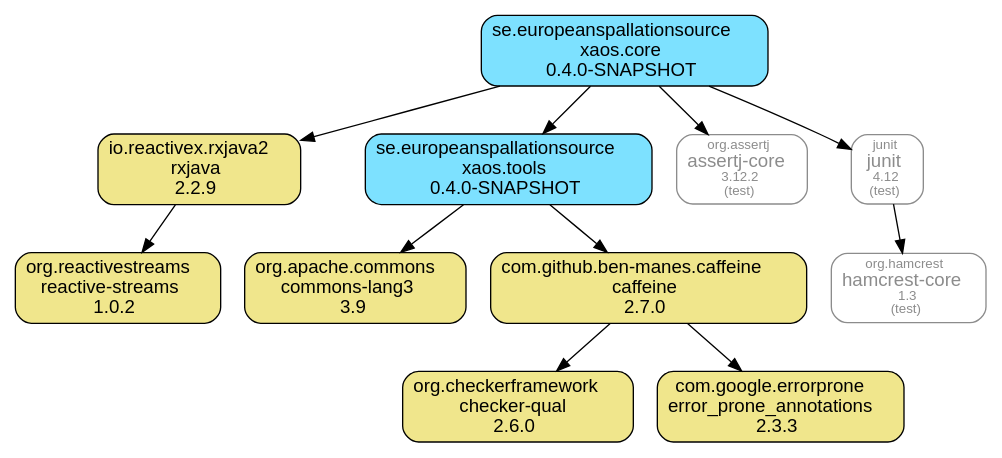
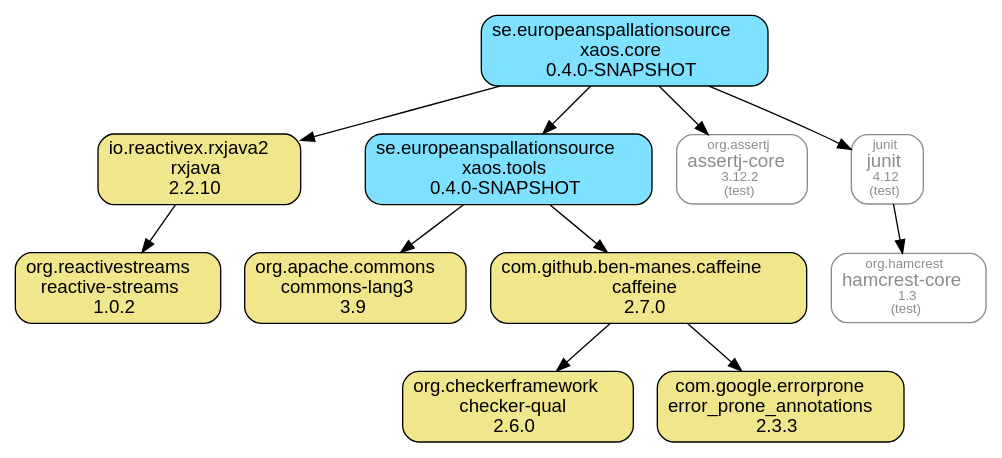
The diagram in xaos.core.module/doc/maven-dependencies.dot (ESSICS/XAOS), drawn with Graphviz before and after one commit. The commit also changed 10 other files, not shown here.

```diff
--- a/xaos.core.module/doc/maven-dependencies.dot
+++ b/xaos.core.module/doc/maven-dependencies.dot
@@ -1,29 +1,29 @@
 digraph "xaos.core" {
   node [shape="box",style="rounded",fontname="Helvetica",fontsize="14"]
   edge [fontsize="10",fontname="Helvetica"]
 
   // Node Definitions:
-  "io.reactivex.rxjava2:rxjava:jar"[shape="box",style="rounded, filled",fillcolor="khaki",label=<io.reactivex.rxjava2<br/>rxjava<br/>2.2.9>]
+  "io.reactivex.rxjava2:rxjava:jar"[shape="box",style="rounded, filled",fillcolor="khaki",label=<io.reactivex.rxjava2<br/>rxjava<br/>2.2.10>]
   "org.reactivestreams:reactive-streams:jar"[shape="box",style="rounded, filled",fillcolor="khaki",label=<org.reactivestreams<br/>reactive-streams<br/>1.0.2>]
   "se.europeanspallationsource:xaos.core:jar"[shape="box",style="rounded, filled",fillcolor="#7DE1FF",label=<se.europeanspallationsource<br/>xaos.core<br/>0.4.0-SNAPSHOT>]
   "se.europeanspallationsource:xaos.tools:jar"[shape="box",style="rounded, filled",fillcolor="#7DE1FF",label=<se.europeanspallationsource<br/>xaos.tools<br/>0.4.0-SNAPSHOT>]
   "org.apache.commons:commons-lang3:jar"[shape="box",style="rounded, filled",fillcolor="khaki",label=<org.apache.commons<br/>commons-lang3<br/>3.9>]
   "com.github.ben-manes.caffeine:caffeine:jar"[shape="box",style="rounded, filled",fillcolor="khaki",label=<com.github.ben-manes.caffeine<br/>caffeine<br/>2.7.0>]
   "org.checkerframework:checker-qual:jar"[shape="box",style="rounded, filled",fillcolor="khaki",label=<org.checkerframework<br/>checker-qual<br/>2.6.0>]
   "com.google.errorprone:error_prone_annotations:jar"[shape="box",style="rounded, filled",fillcolor="khaki",label=<com.google.errorprone<br/>error_prone_annotations<br/>2.3.3>]
   "org.assertj:assertj-core:jar"[shape="box",style="rounded",color="grey55",fontname="Helvetica",fontsize="14",fontcolor="grey55",label=<<font color="grey55" point-size="10">org.assertj</font><br/>assertj-core<font color="grey55" point-size="10"><br/>3.12.2</font><font color="grey55" point-size="10"><br/>(test)</font>>]
   "junit:junit:jar"[shape="box",style="rounded",color="grey55",fontname="Helvetica",fontsize="14",fontcolor="grey55",label=<<font color="grey55" point-size="10">junit</font><br/>junit<font color="grey55" point-size="10"><br/>4.12</font><font color="grey55" point-size="10"><br/>(test)</font>>]
   "org.hamcrest:hamcrest-core:jar"[shape="box",style="rounded",color="grey55",fontname="Helvetica",fontsize="14",fontcolor="grey55",label=<<font color="grey55" point-size="10">org.hamcrest</font><br/>hamcrest-core<font color="grey55" point-size="10"><br/>1.3</font><font color="grey55" point-size="10"><br/>(test)</font>>]
 
   // Edge Definitions:
   "io.reactivex.rxjava2:rxjava:jar" -> "org.reactivestreams:reactive-streams:jar"
   "se.europeanspallationsource:xaos.core:jar" -> "io.reactivex.rxjava2:rxjava:jar"
   "se.europeanspallationsource:xaos.tools:jar" -> "org.apache.commons:commons-lang3:jar"
   "com.github.ben-manes.caffeine:caffeine:jar" -> "org.checkerframework:checker-qual:jar"
   "com.github.ben-manes.caffeine:caffeine:jar" -> "com.google.errorprone:error_prone_annotations:jar"
   "se.europeanspallationsource:xaos.tools:jar" -> "com.github.ben-manes.caffeine:caffeine:jar"
   "se.europeanspallationsource:xaos.core:jar" -> "se.europeanspallationsource:xaos.tools:jar"
   "se.europeanspallationsource:xaos.core:jar" -> "org.assertj:assertj-core:jar"
   "junit:junit:jar" -> "org.hamcrest:hamcrest-core:jar"
   "se.europeanspallationsource:xaos.core:jar" -> "junit:junit:jar"
 }
```
